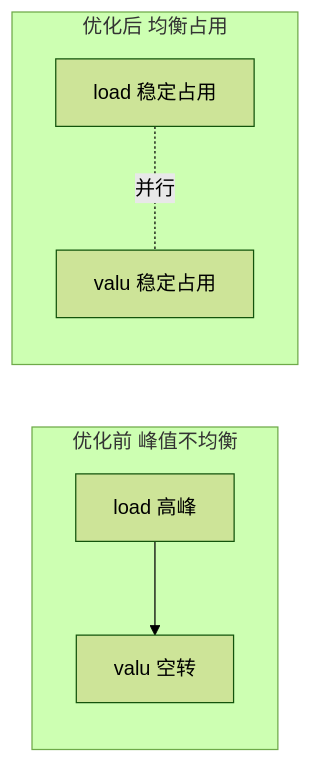
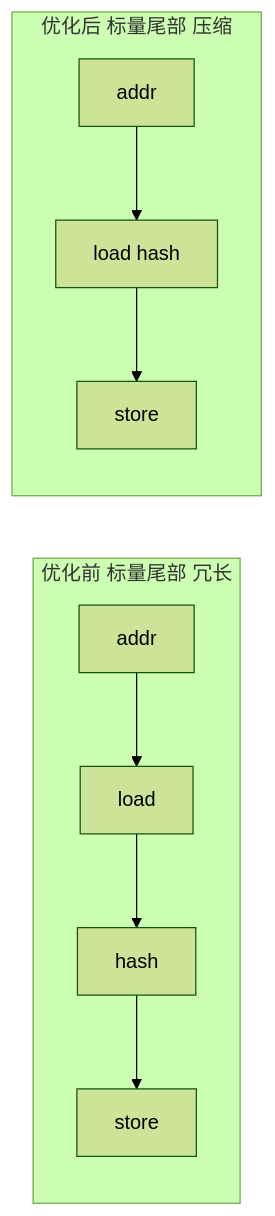
Before and after one commit to findshan/anthropic_performance_solution: the third of 3 diagrams in optimizations/v0.4-optimizations_zh.md, drawn with Mermaid (forest theme). The commit also changed other lines of this file and 13 other files, not shown here.

````diff
--- a/optimizations/v0.4-optimizations_zh.md
+++ b/optimizations/v0.4-optimizations_zh.md
@@ -61,11 +78,9 @@
 ```mermaid
 flowchart LR
-  subgraph Before["优化前 峰值不均衡"]
-    L1["load 高峰"] --> V1["valu 空转"]
+  subgraph Before["优化前 标量尾部 冗长"]
+    S1["addr"] --> S2["load"] --> S3["hash"] --> S4["store"]
   end
-  subgraph After["优化后 均衡占用"]
-    L2["load 稳定占用"]
-    V2["valu 稳定占用"]
-    L2 -. 并行 .- V2
+  subgraph After["优化后 标量尾部 压缩"]
+    T1["addr"] --> T2["load hash"] --> T3["store"]
   end
 ```
````
